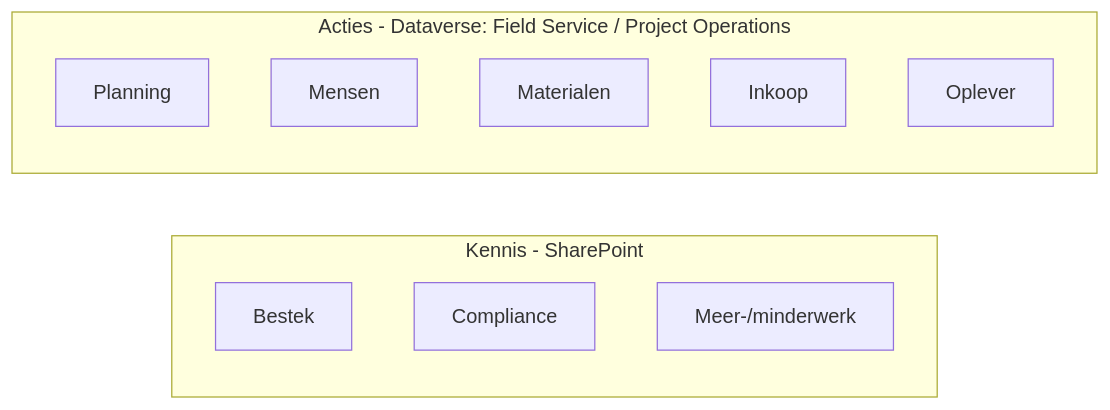
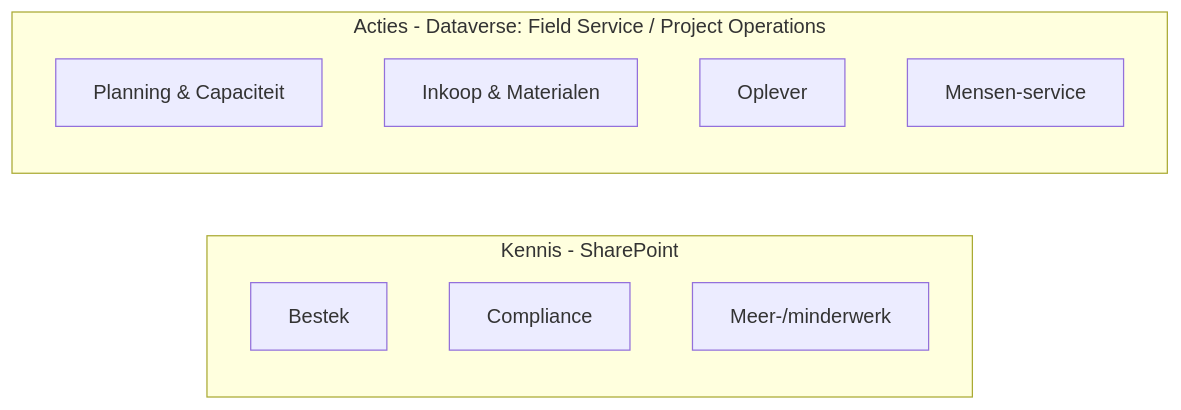
One commit to basvb1992/werkvoorbereider-agent-blueprint changed the diagram in referentie/agent-skeletons/README.md. Above: the diagram before and after it, drawn with Mermaid. The commit also changed other lines of this file and 16 other files, not shown here.

Commit message:
Refactor architectuur: 8->6 kern-sub-agents (Materialen+Inkoop samengevoegd) + Mensen als herbruikbare service; decompositie op WVB-domein + verantwoording

````diff
--- a/referentie/agent-skeletons/README.md
+++ b/referentie/agent-skeletons/README.md
@@ -47,9 +46,9 @@
 ```mermaid
 flowchart LR
   subgraph Augment[Kennis - SharePoint]
     B[Bestek] & C[Compliance] & M[Meer-/minderwerk]
   end
   subgraph Automate[Acties - Dataverse: Field Service / Project Operations]
-    P[Planning] & ME[Mensen] & MA[Materialen] & I[Inkoop] & O[Oplever]
+    P[Planning & Capaciteit] & IM[Inkoop & Materialen] & O[Oplever] & ME[Mensen-service]
   end
 ```
````
